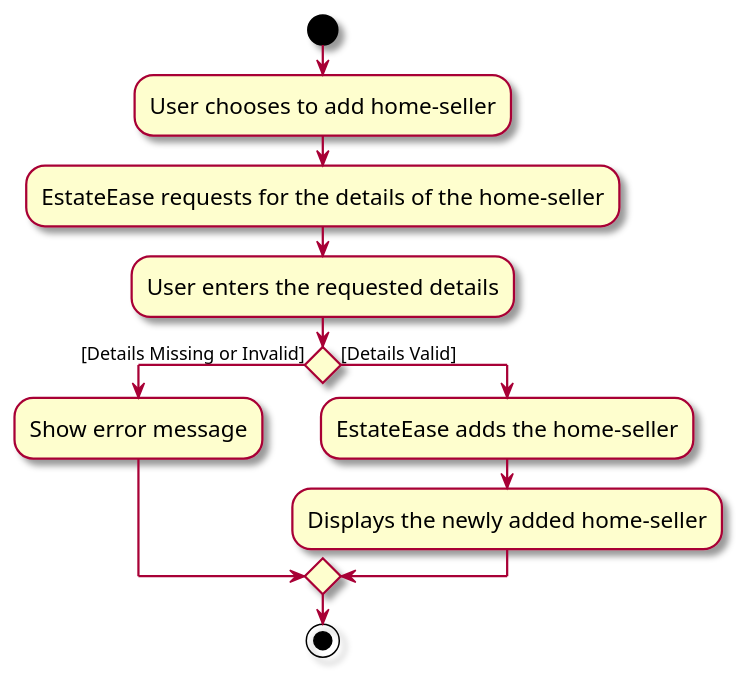
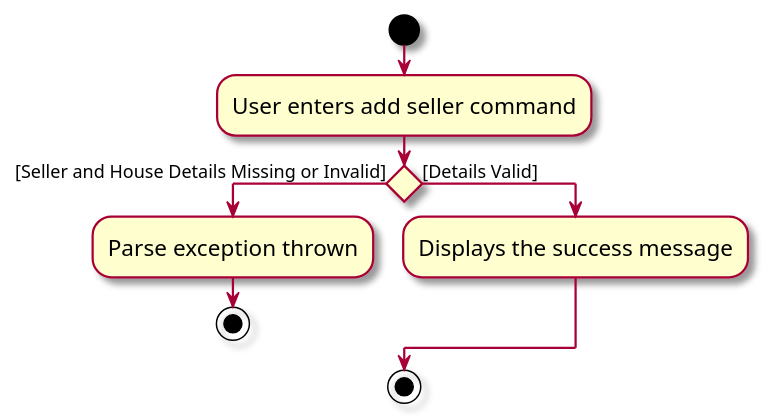
Before and after one commit to lokidoki102/tp: the diagram in diagrams/AddSellerActivityDiagram.puml, drawn with PlantUML. The commit also changed 44 other files, not shown here.

```diff
--- a/diagrams/AddSellerActivityDiagram.puml
+++ b/diagrams/AddSellerActivityDiagram.puml
@@ -1,18 +1,16 @@
 @startuml
 skin rose
 skinparam ActivityFontSize 15
 skinparam ArrowFontSize 12
 start
-:User chooses to add home-seller;
-:EstateEase requests for the details of the home-seller;
-:User enters the requested details;
+:User enters add seller command;
 
-if () then ([Details Missing or Invalid])
-    :Show error message;
+if () then ([Seller and House Details Missing or Invalid])
+    :Parse exception thrown;
+    stop
 else ([Details Valid])
-    :EstateEase adds the home-seller;
-    :Displays the newly added home-seller;
+    :Displays the success message;
 endif
 
 stop
 @enduml
```
